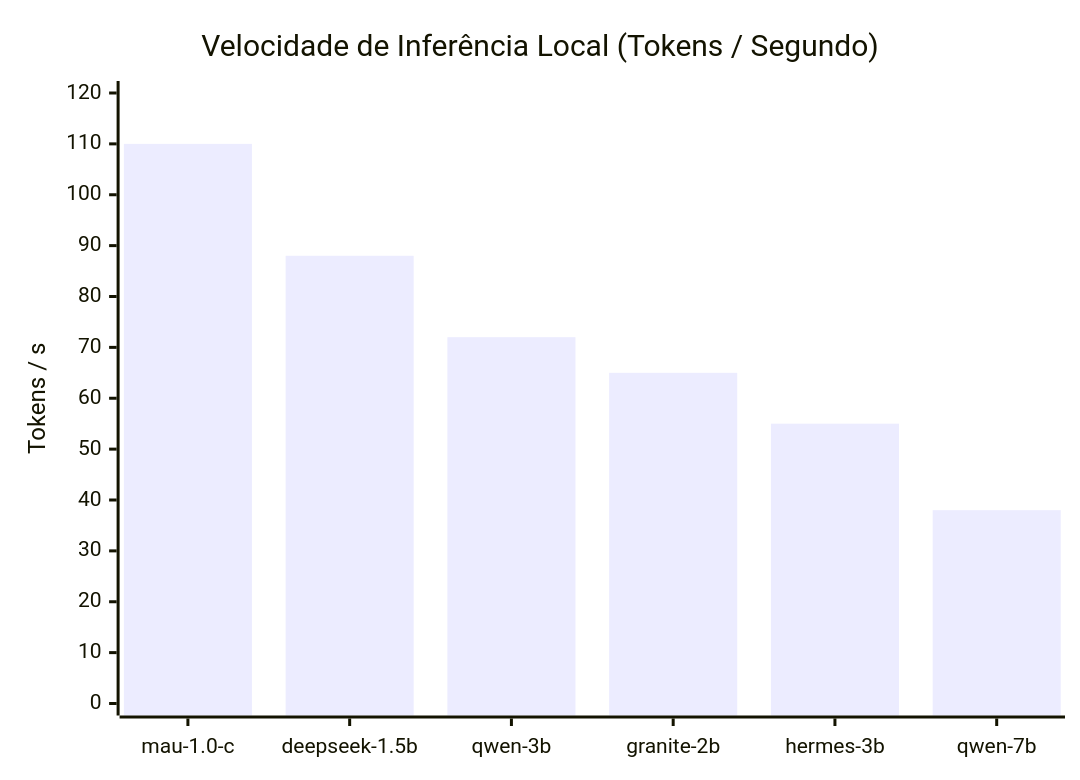
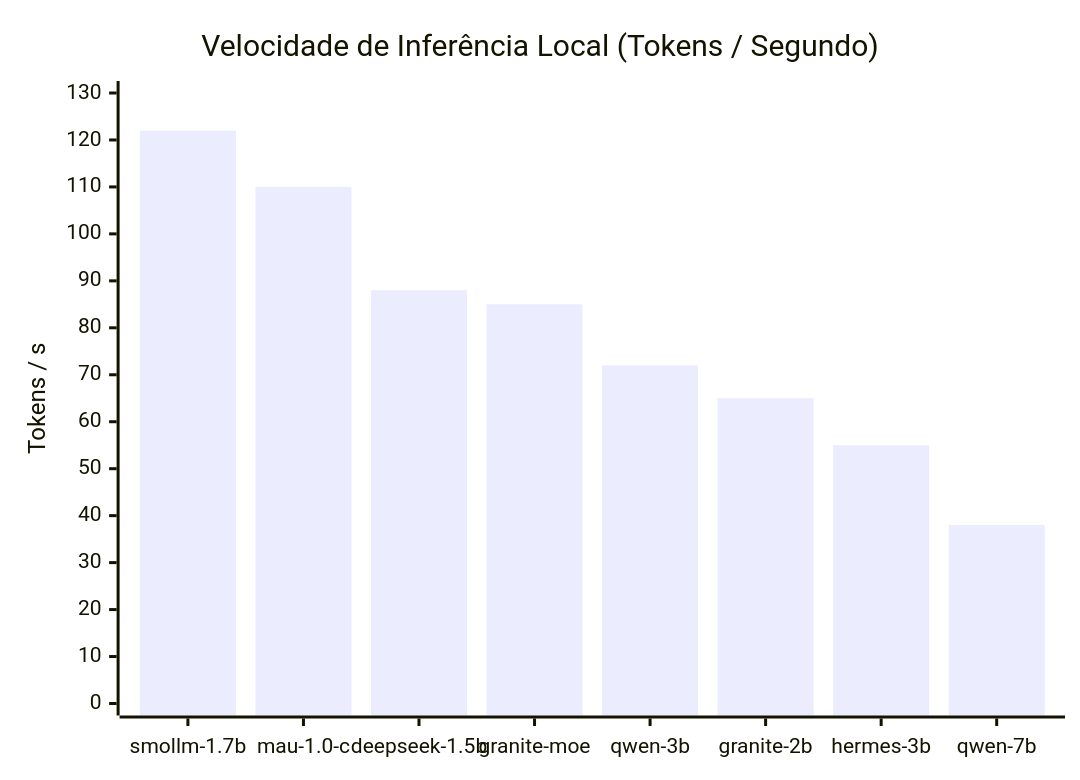
Before and after one commit to Helfstein-one/gravitational-singularity: the third of 6 diagrams in README.md, drawn with Mermaid. The commit also changed other lines of this file and 9 other files, not shown here.

````diff
--- a/README.md
+++ b/README.md
@@ -158,7 +158,7 @@
 ```mermaid
 xychart-beta
     title "Velocidade de Inferência Local (Tokens / Segundo)"
-    x-axis ["mau-1.0-c", "deepseek-1.5b", "qwen-3b", "granite-2b", "hermes-3b", "qwen-7b"]
-    y-axis "Tokens / s" 0 --> 120
-    bar [110, 88, 72, 65, 55, 38]
+    x-axis ["smollm-1.7b", "mau-1.0-c", "deepseek-1.5b", "granite-moe", "qwen-3b", "granite-2b", "hermes-3b", "qwen-7b"]
+    y-axis "Tokens / s" 0 --> 130
+    bar [122, 110, 88, 85, 72, 65, 55, 38]
 ```
````
